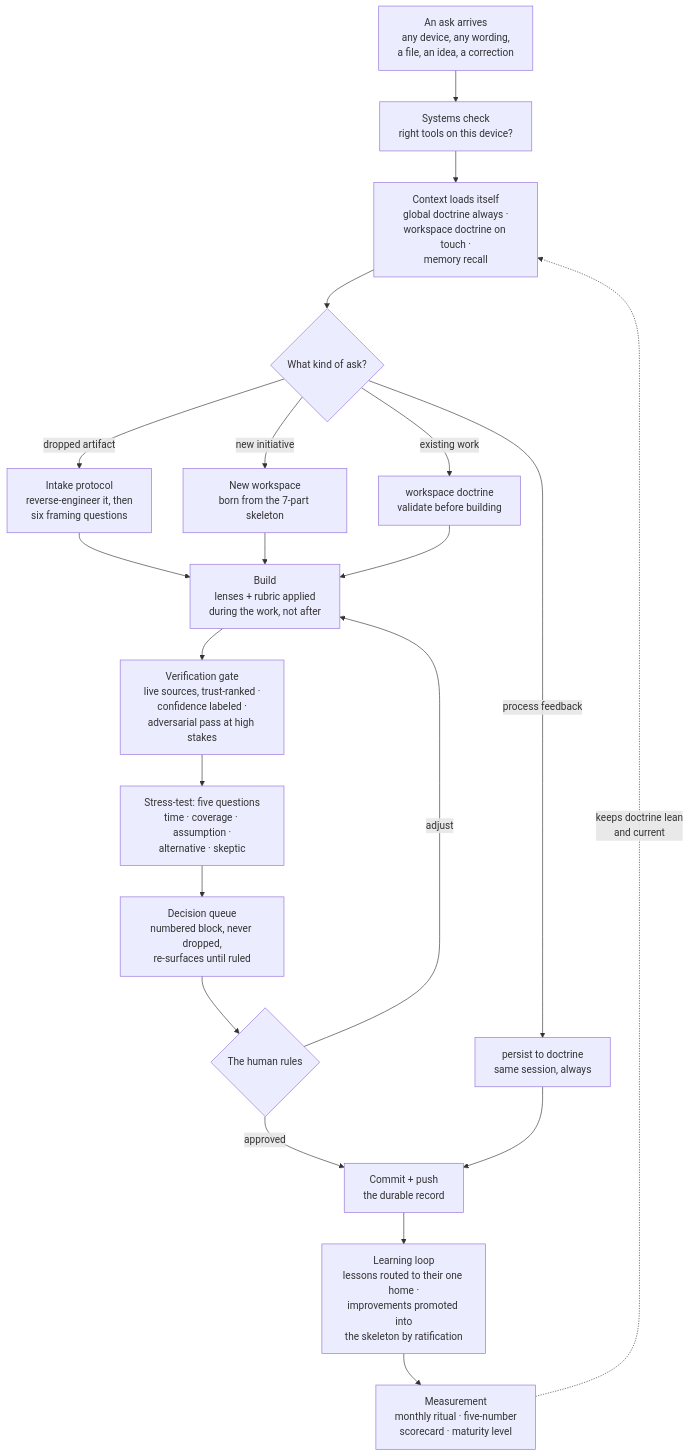
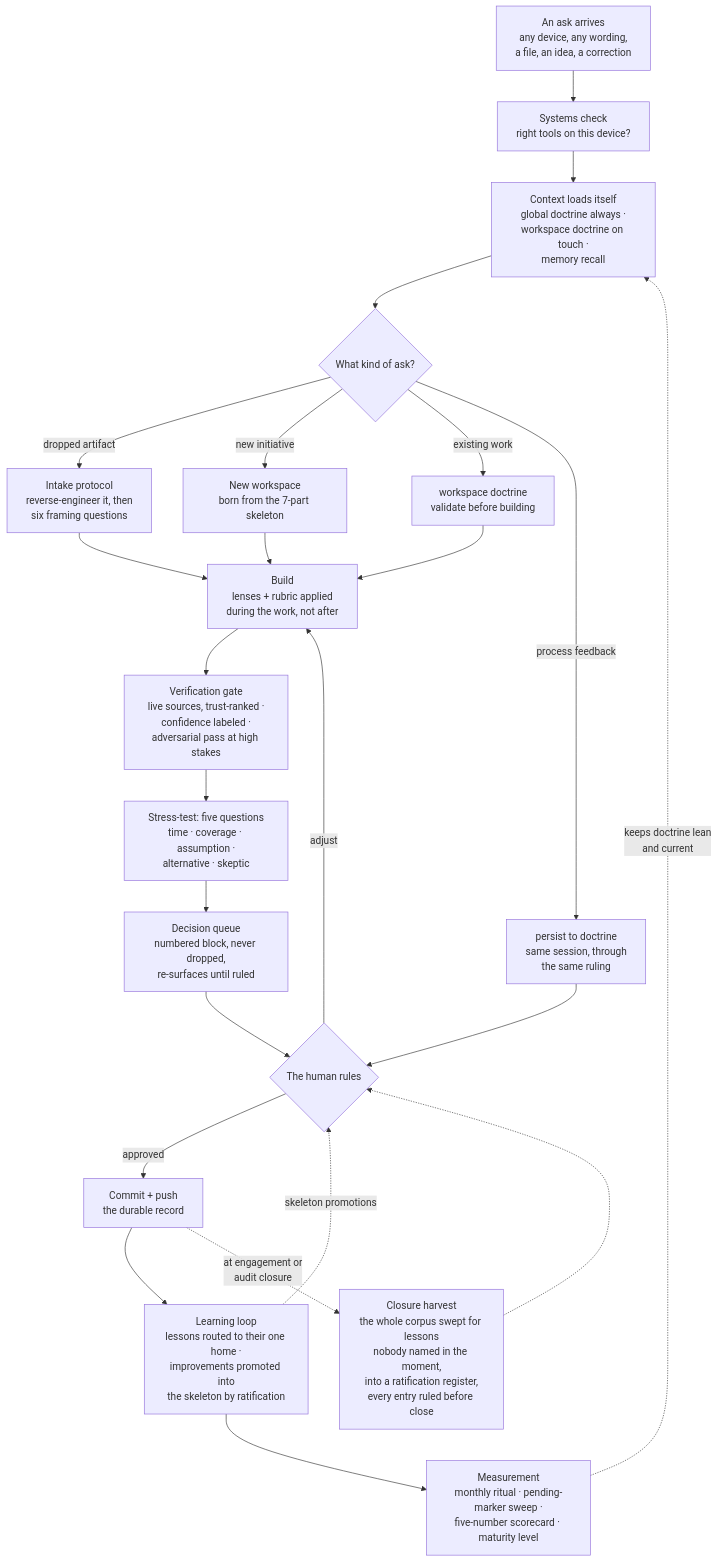
One commit to jelpol/ai-operating-model changed the diagram in thesis.md. Above: the diagram before and after it, drawn with Mermaid. The commit also changed other lines of this file and 1 other file, not shown here.

Commit message:
Operating an AI, version 3: the closure harvest and capture-debt postmortem, two ratification layers named, prior-art credit annotations, panel-caught fixes recorded

````diff
--- a/thesis.md
+++ b/thesis.md
@@ -132,23 +134,26 @@
 ```mermaid
 flowchart TD
     A["An ask arrives<br/>any device, any wording,<br/>a file, an idea, a correction"] --> B["Systems check<br/>right tools on this device?"]
     B --> C["Context loads itself<br/>global doctrine always ·<br/>workspace doctrine on touch ·<br/>memory recall"]
     C --> D{"What kind of ask?"}
     D -->|"dropped artifact"| E["Intake protocol<br/>reverse-engineer it, then<br/>six framing questions"]
     D -->|"new initiative"| F["New workspace<br/>born from the 7-part skeleton"]
     D -->|"existing work"| G["workspace doctrine<br/>validate before building"]
-    D -->|"process feedback"| H["persist to doctrine<br/>same session, always"]
+    D -->|"process feedback"| H["persist to doctrine<br/>same session, through<br/>the same ruling"]
     E --> I["Build<br/>lenses + rubric applied<br/>during the work, not after"]
     F --> I
     G --> I
     I --> J["Verification gate<br/>live sources, trust-ranked ·<br/>confidence labeled ·<br/>adversarial pass at high stakes"]
     J --> K["Stress-test: five questions<br/>time · coverage · assumption ·<br/>alternative · skeptic"]
     K --> L["Decision queue<br/>numbered block, never dropped,<br/>re-surfaces until ruled"]
     L --> M{"The human rules"}
     M -->|"adjust"| I
     M -->|"approved"| N["Commit + push<br/>the durable record"]
-    H --> N
+    H --> M
     N --> O["Learning loop<br/>lessons routed to their one home ·<br/>improvements promoted into<br/>the skeleton by ratification"]
-    O --> P["Measurement<br/>monthly ritual · five-number<br/>scorecard · maturity level"]
+    O -.->|"skeleton promotions"| M
+    O --> P["Measurement<br/>monthly ritual · pending-marker sweep ·<br/>five-number scorecard · maturity level"]
+    N -.->|"at engagement or<br/>audit closure"| Q["Closure harvest<br/>the whole corpus swept for lessons<br/>nobody named in the moment,<br/>into a ratification register,<br/>every entry ruled before close"]
+    Q -.-> M
     P -.->|"keeps doctrine lean<br/>and current"| C
 ```
````
